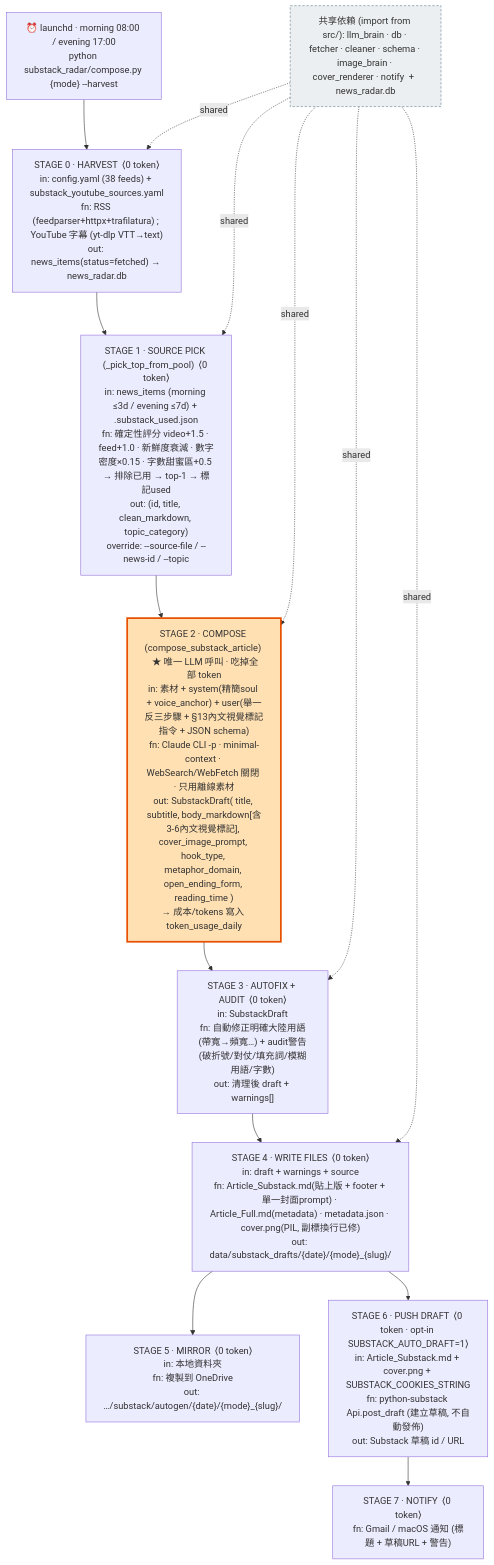
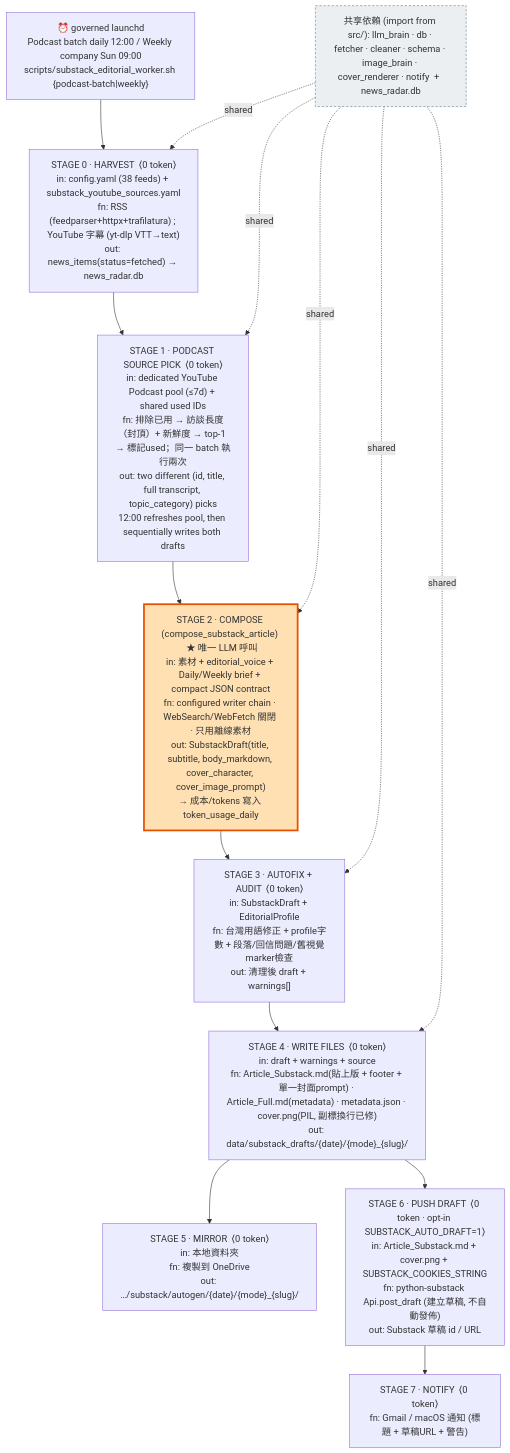
Before and after one commit to HsinTiger/news-radar: the diagram in substack_radar/docs/PIPELINE_DIAGRAM.md, drawn with Mermaid. The commit also changed other lines of this file and 54 other files, not shown here.

````diff
--- a/substack_radar/docs/PIPELINE_DIAGRAM.md
+++ b/substack_radar/docs/PIPELINE_DIAGRAM.md
@@ -11,38 +11,38 @@
 ```mermaid
 flowchart TD
-    T["⏰ launchd · morning 08:00 / evening 17:00<br/>python substack_radar/compose.py {mode} --harvest"]
+    T["⏰ governed launchd<br/>Podcast batch daily 12:00 / Weekly company Sun 09:00<br/>scripts/substack_editorial_worker.sh {podcast-batch|weekly}"]
     T --> S0
 
     S0["STAGE 0 · HARVEST  ⟨0 token⟩<br/>in: config.yaml (38 feeds) + substack_youtube_sources.yaml<br/>fn: RSS (feedparser+httpx+trafilatura) ; YouTube 字幕 (yt-dlp VTT→text)<br/>out: news_items(status=fetched) → news_radar.db"]
     S0 --> S1
 
-    S1["STAGE 1 · SOURCE PICK (_pick_top_from_pool)  ⟨0 token⟩<br/>in: news_items (morning ≤3d / evening ≤7d) + .substack_used.json<br/>fn: 確定性評分 video+1.5 · feed+1.0 · 新鮮度衰減 · 數字密度×0.15 · 字數甜蜜區+0.5 → 排除已用 → top-1 → 標記used<br/>out: (id, title, clean_markdown, topic_category)<br/>override: --source-file / --news-id / --topic"]
+    S1["STAGE 1 · PODCAST SOURCE PICK  ⟨0 token⟩<br/>in: dedicated YouTube Podcast pool (≤7d) + shared used IDs<br/>fn: 排除已用 → 訪談長度（封頂）+ 新鮮度 → top-1 → 標記used；同一 batch 執行兩次<br/>out: two different (id, title, full transcript, topic_category) picks<br/>12:00 refreshes pool, then sequentially writes both drafts"]
     S1 --> S2
 
-    S2["STAGE 2 · COMPOSE (compose_substack_article)  ★ 唯一 LLM 呼叫 · 吃掉全部 token<br/>in: 素材 + system(精簡soul + voice_anchor) + user(舉一反三步驟 + §13內文視覺標記指令 + JSON schema)<br/>fn: Claude CLI -p · minimal-context · WebSearch/WebFetch 關閉 · 只用離線素材<br/>out: SubstackDraft( title, subtitle, body_markdown[含3-6內文視覺標記], cover_image_prompt, hook_type, metaphor_domain, open_ending_form, reading_time )<br/>→ 成本/tokens 寫入 token_usage_daily"]
+    S2["STAGE 2 · COMPOSE (compose_substack_article)  ★ 唯一 LLM 呼叫<br/>in: 素材 + editorial_voice + Daily/Weekly brief + compact JSON contract<br/>fn: configured writer chain · WebSearch/WebFetch 關閉 · 只用離線素材<br/>out: SubstackDraft(title, subtitle, body_markdown, cover_character, cover_image_prompt)<br/>→ 成本/tokens 寫入 token_usage_daily"]
     S2 --> S3
 
-    S3["STAGE 3 · AUTOFIX + AUDIT  ⟨0 token⟩<br/>in: SubstackDraft<br/>fn: 自動修正明確大陸用語(帶寬→頻寬…) + audit警告(破折號/對仗/填充詞/模糊用語/字數)<br/>out: 清理後 draft + warnings[]"]
+    S3["STAGE 3 · AUTOFIX + AUDIT  ⟨0 token⟩<br/>in: SubstackDraft + EditorialProfile<br/>fn: 台灣用語修正 + profile字數 + 段落/回信問題/舊視覺marker檢查<br/>out: 清理後 draft + warnings[]"]
     S3 --> S4
 
     S4["STAGE 4 · WRITE FILES  ⟨0 token⟩<br/>in: draft + warnings + source<br/>fn: Article_Substack.md(貼上版 + footer + 單一封面prompt) · Article_Full.md(metadata) · metadata.json · cover.png(PIL, 副標換行已修)<br/>out: data/substack_drafts/{date}/{mode}_{slug}/"]
     S4 --> S5
     S4 --> S6
 
     S5["STAGE 5 · MIRROR  ⟨0 token⟩<br/>in: 本地資料夾<br/>fn: 複製到 OneDrive<br/>out: …/substack/autogen/{date}/{mode}_{slug}/"]
 
     S6["STAGE 6 · PUSH DRAFT  ⟨0 token · opt-in SUBSTACK_AUTO_DRAFT=1⟩<br/>in: Article_Substack.md + cover.png + SUBSTACK_COOKIES_STRING<br/>fn: python-substack Api.post_draft (建立草稿, 不自動發佈)<br/>out: Substack 草稿 id / URL"]
     S6 --> S7
 
     S7["STAGE 7 · NOTIFY  ⟨0 token⟩<br/>fn: Gmail / macOS 通知 (標題 + 草稿URL + 警告)"]
 
     SH["共享依賴 (import from src/): llm_brain · db · fetcher · cleaner · schema · image_brain · cover_renderer · notify  +  news_radar.db"]
     SH -.shared.-> S0
     SH -.shared.-> S1
     SH -.shared.-> S2
     SH -.shared.-> S3
     SH -.shared.-> S4
 
     style S2 fill:#ffe0b2,stroke:#e65100,stroke-width:3px
     style SH fill:#eceff1,stroke:#607d8b,stroke-dasharray:4 3
 ```
````
